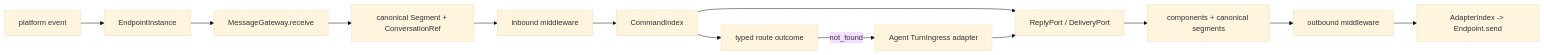
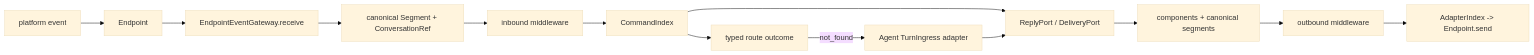
Before and after one commit to zhinjs/zhin: the fourth of 5 diagrams in docs/target-architecture.md, drawn with Mermaid (base theme). The commit also changed 473 other files, not shown here.

Commit message:
refactor(adapter): unify endpoint client model

````diff
--- a/docs/target-architecture.md
+++ b/docs/target-architecture.md
@@ -155,14 +155,14 @@
 ```mermaid
 flowchart LR
-  Inbound["platform event"] --> Endpoint["EndpointInstance"]
-  Endpoint --> Gateway["MessageGateway.receive"]
+  Inbound["platform event"] --> Endpoint["Endpoint<Client>"]
+  Endpoint --> Gateway["EndpointEventGateway.receive"]
   Gateway --> Normalize["canonical Segment + ConversationRef"]
   Normalize --> Middleware["inbound middleware"]
   Middleware --> Command["CommandIndex"]
   Command --> Route["typed route outcome"]
   Route -->|not_found| Agent["Agent TurnIngress adapter"]
   Command & Agent --> Outbound["ReplyPort / DeliveryPort"]
   Outbound --> Render["components + canonical segments"]
   Render --> OutboundMW["outbound middleware"]
   OutboundMW --> Adapter["AdapterIndex -> Endpoint.send"]
 ```
````
